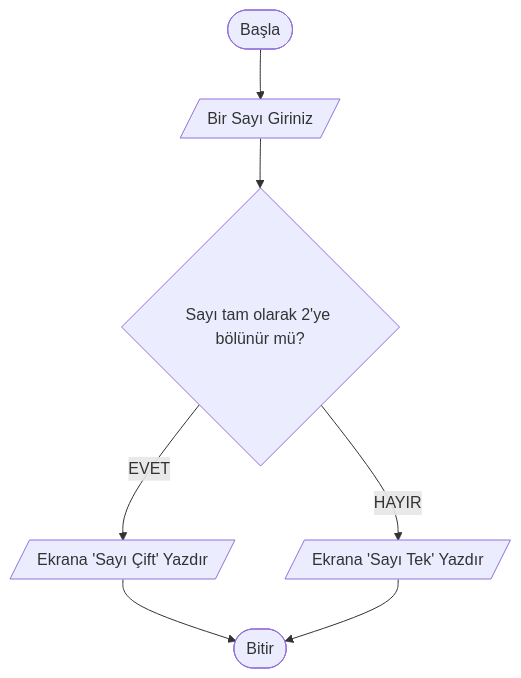
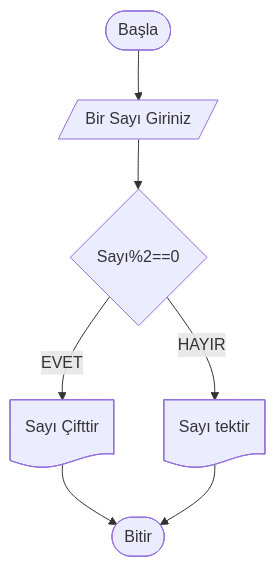
One commit to ibrahimayaz/Algoritma-ve-Programlamaya-Giris changed the second of 3 diagrams in Hafta_04_Akis_Diyagramlari_1.md. Above: the diagram before and after it, drawn with Mermaid. The commit also changed other lines of this file and 3 other files, not shown here.

````diff
--- a/Hafta_04_Akis_Diyagramlari_1.md
+++ b/Hafta_04_Akis_Diyagramlari_1.md
@@ -69,11 +68,11 @@
 ```mermaid
 graph TD
     A([Başla]) --> B[/Bir Sayı Giriniz/]
-    B --> C{Sayı tam olarak 2'ye bölünür mü?}
+    B --> C{Sayı%2==0}
     
-    C -- EVET --> D[/Ekrana 'Sayı Çift' Yazdır/]
-    C -- HAYIR --> E[/Ekrana 'Sayı Tek' Yazdır/]
+    C -- EVET --> D@{ shape: doc, label: "Sayı Çifttir" }
+    C -- HAYIR --> E@{ shape: doc, label: "Sayı tektir" }
     
     D --> F([Bitir])
     E --> F([Bitir])
 ```
````
